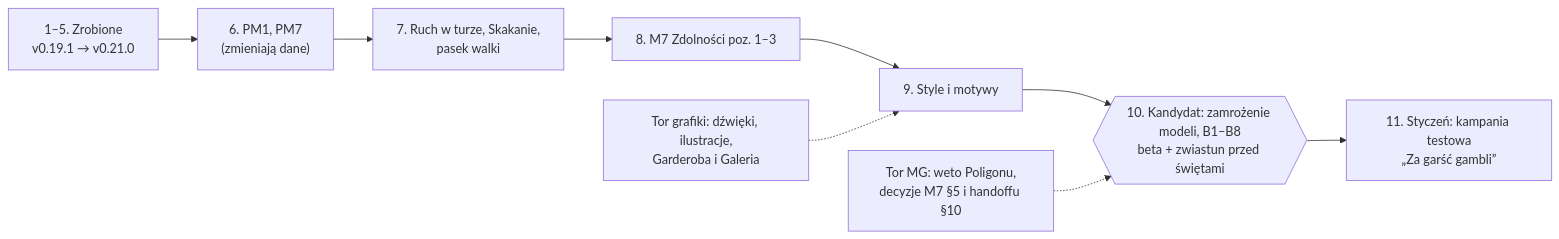
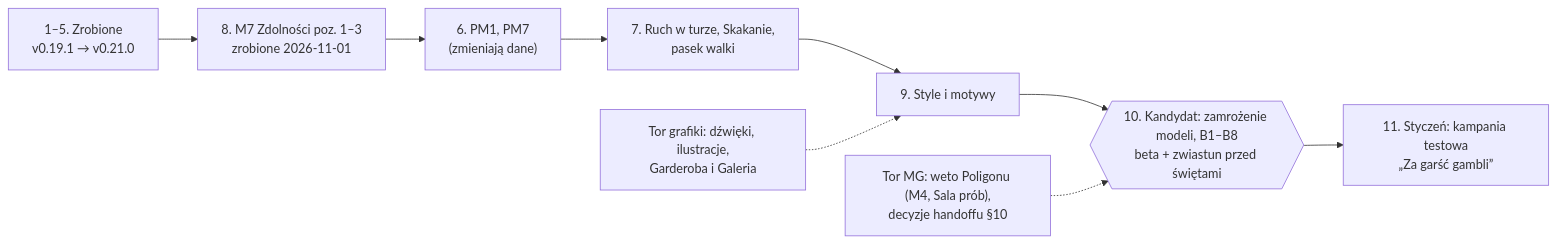
The first of 2 diagrams in PLAN_beta.md (jjanisze/FVTT-NOE), drawn with Mermaid before and after one commit. The commit also changed other lines of this file, not shown here.

````diff
--- a/PLAN_beta.md
+++ b/PLAN_beta.md
@@ -39,11 +46,11 @@
 ```mermaid
 flowchart LR
-  DONE["1–5. Zrobione<br/>v0.19.1 → v0.21.0"] --> PM["6. PM1, PM7<br/>(zmieniają dane)"]
+  DONE["1–5. Zrobione<br/>v0.19.1 → v0.21.0"] --> M7["8. M7 Zdolności poz. 1–3<br/>zrobione 2026-11-01"]
+  M7 --> PM["6. PM1, PM7<br/>(zmieniają dane)"]
   PM --> RU["7. Ruch w turze, Skakanie,<br/>pasek walki"]
-  RU --> M7["8. M7 Zdolności poz. 1–3"]
-  M7 --> ST["9. Style i motywy"]
+  RU --> ST["9. Style i motywy"]
   ST --> RC{{"10. Kandydat: zamrożenie modeli, B1–B8<br/>beta + zwiastun przed świętami"}}
   RC --> GG["11. Styczeń: kampania testowa<br/>„Za garść gambli”"]
-  MG["Tor MG: weto Poligonu,<br/>decyzje M7 §5 i handoffu §10"] -.-> RC
+  MG["Tor MG: weto Poligonu (M4, Sala prób),<br/>decyzje handoffu §10"] -.-> RC
   ART["Tor grafiki: dźwięki, ilustracje,<br/>Garderoba i Galeria"] -.-> ST
 ```
````
